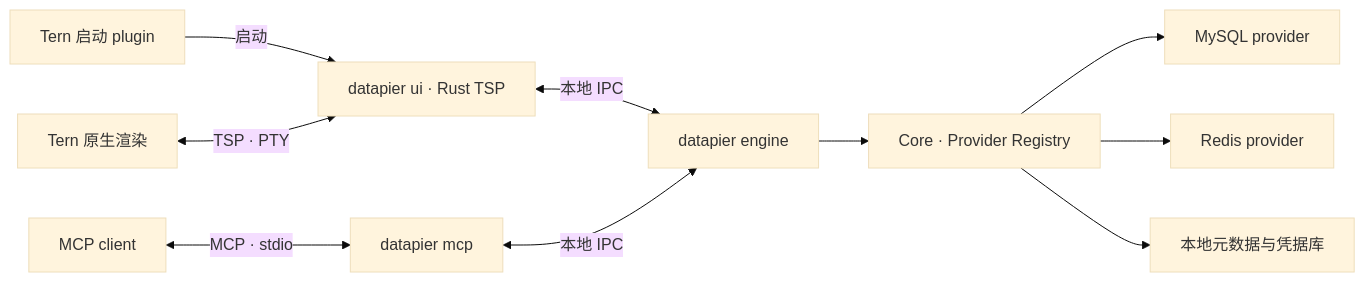
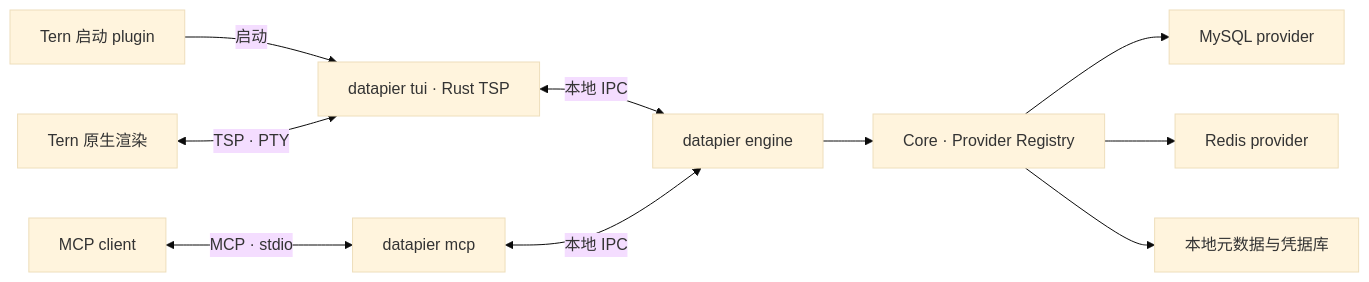
One commit to huspx/datapier changed the diagram in docs/product-plan.md. Above: the diagram before and after it, drawn with Mermaid (base theme). The commit also changed other lines of this file and 8 other files, not shown here.

````diff
--- a/docs/product-plan.md
+++ b/docs/product-plan.md
@@ -40,12 +40,12 @@
 ```mermaid
 flowchart LR
-    P["Tern 启动 plugin"] -->|启动| U["datapier ui · Rust TSP"]
+    P["Tern 启动 plugin"] -->|启动| U["datapier tui · Rust TSP"]
     T["Tern 原生渲染"] <-->|TSP · PTY| U
     A["MCP client"] <-->|MCP · stdio| M["datapier mcp"]
     U <-->|本地 IPC| E["datapier engine"]
     M <-->|本地 IPC| E
     E --> C["Core · Provider Registry"]
     C --> MY["MySQL provider"]
     C --> RE["Redis provider"]
     C --> ST["本地元数据与凭据库"]
 ```
````
